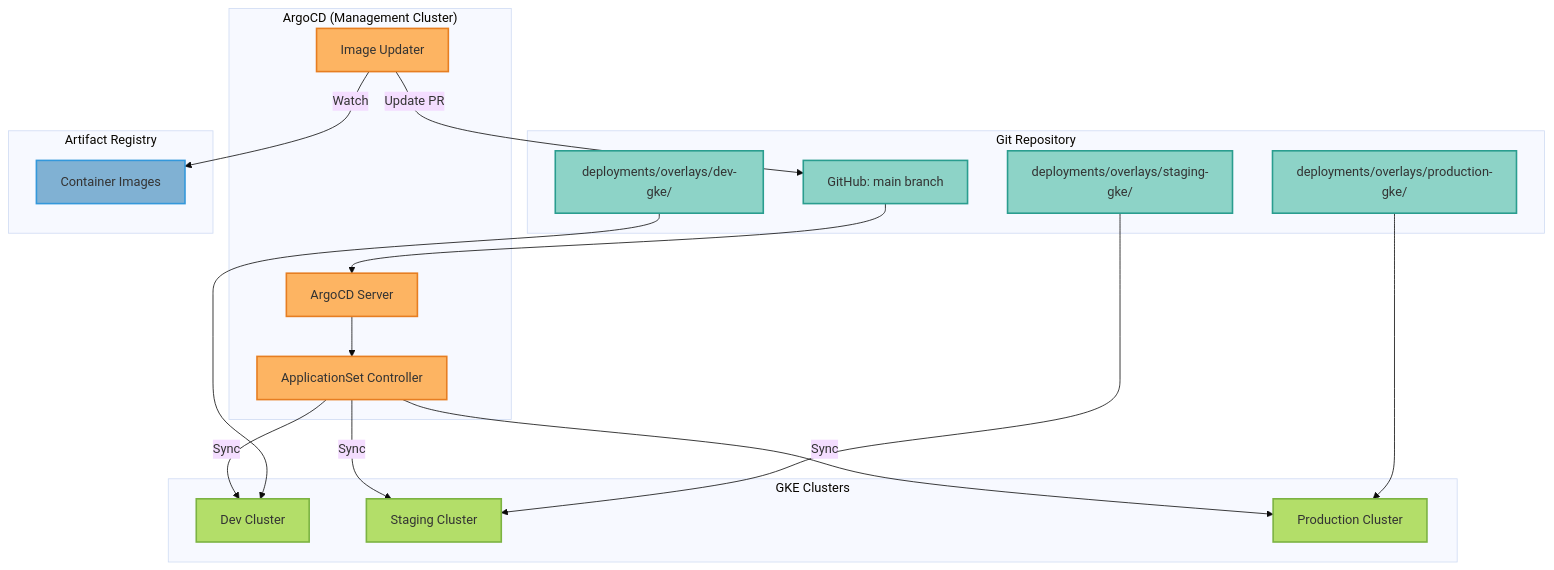
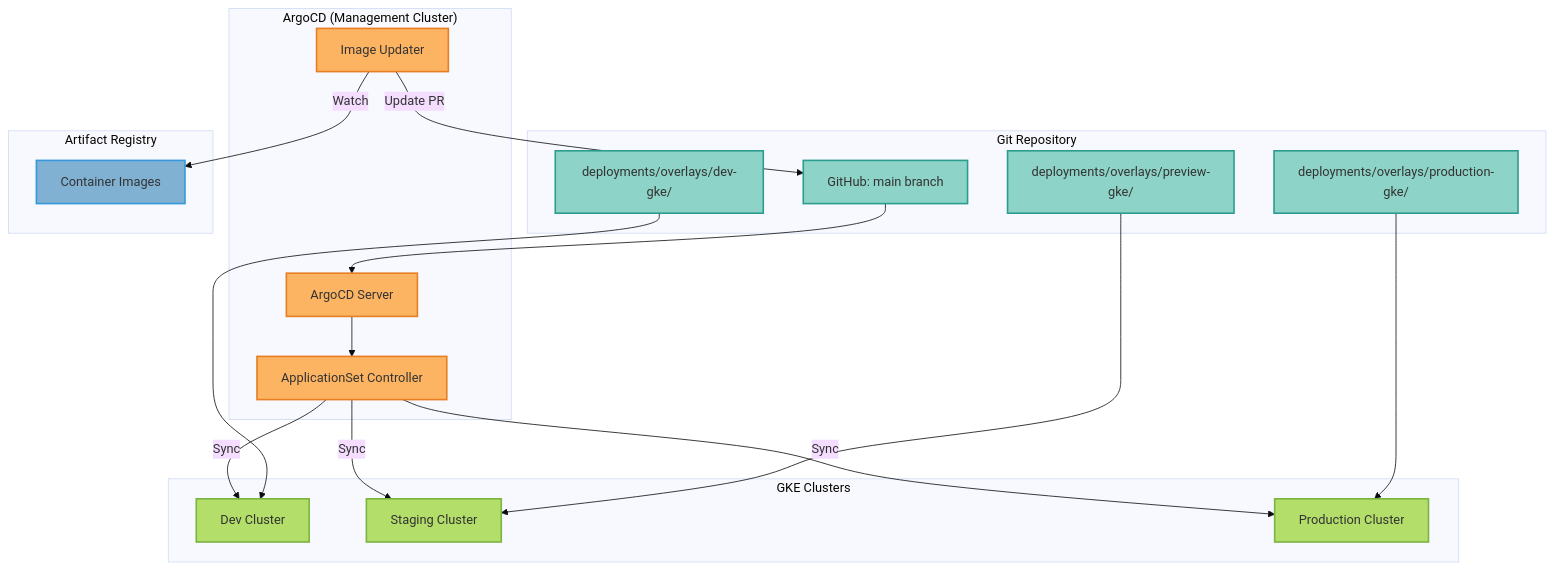
Before and after one commit to vishnu2kmohan/mcp-server-langgraph: the first of 2 diagrams in docs/deployment/gitops-argocd.mdx, drawn with Mermaid (base theme). The commit also changed other lines of this file and 191 other files, not shown here.

First line of the commit message:
refactor: rename staging-gke environment to preview-gke (#140)

````diff
--- a/docs/deployment/gitops-argocd.mdx
+++ b/docs/deployment/gitops-argocd.mdx
@@ -72,49 +72,49 @@
 ```mermaid
 flowchart TB
     subgraph "Git Repository"
         A[GitHub: main branch]
         B[deployments/overlays/production-gke/]
-        C[deployments/overlays/staging-gke/]
+        C[deployments/overlays/preview-gke/]
         D[deployments/overlays/dev-gke/]
     end
 
     subgraph "ArgoCD (Management Cluster)"
         E[ArgoCD Server]
         F[ApplicationSet Controller]
         G[Image Updater]
     end
 
     subgraph "GKE Clusters"
         H[Dev Cluster]
         I[Staging Cluster]
         J[Production Cluster]
     end
 
     subgraph "Artifact Registry"
         K[Container Images]
     end
 
     A --> E
     E --> F
     F -->|Sync| H
     F -->|Sync| I
     F -->|Sync| J
 
     G -->|Watch| K
     G -->|Update PR| A
 
     B --> J
     C --> I
     D --> H
 
     %% ColorBrewer2 Set3 palette - each component type uniquely colored
     classDef gitStyle fill:#8dd3c7,stroke:#2a9d8f,stroke-width:2px,color:#333
     classDef argocdStyle fill:#fdb462,stroke:#e67e22,stroke-width:2px,color:#333
     classDef clusterStyle fill:#b3de69,stroke:#7cb342,stroke-width:2px,color:#333
     classDef registryStyle fill:#80b1d3,stroke:#3498db,stroke-width:2px,color:#333
 
     class A,B,C,D gitStyle
     class E,F,G argocdStyle
     class H,I,J clusterStyle
     class K registryStyle
 ```
````
